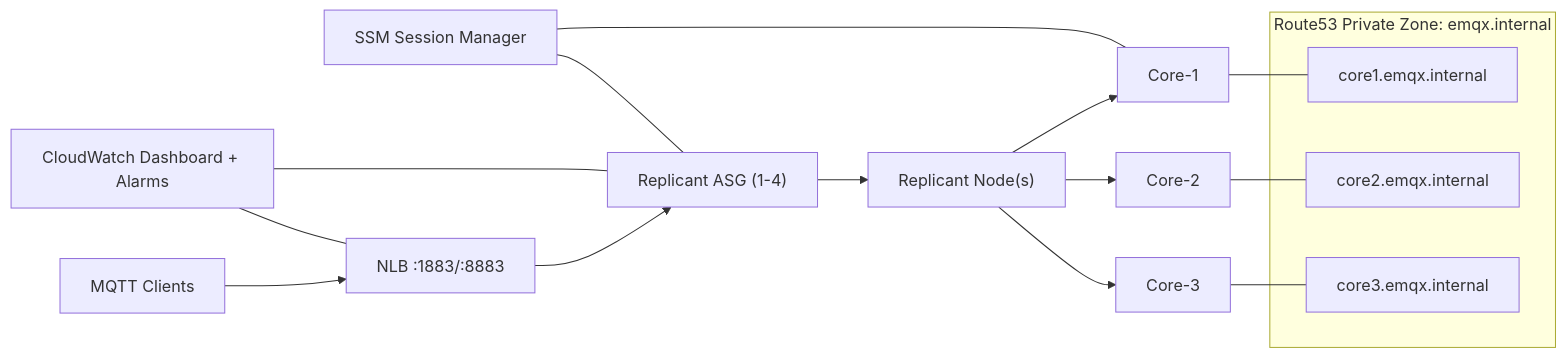
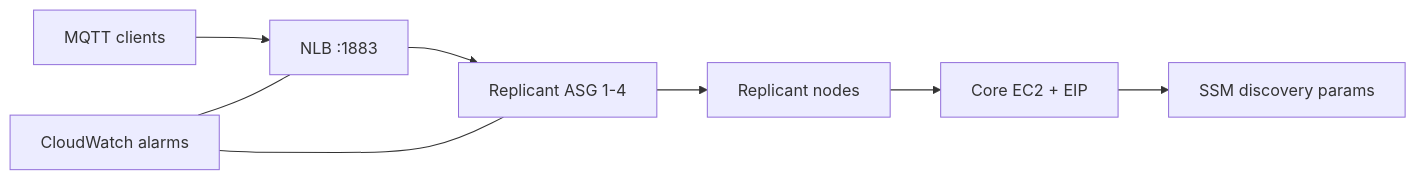
The first of 2 diagrams in docs/architecture.md (Ingole712521/AutoScaling), drawn with Mermaid before and after one commit. The commit also changed other lines of this file and 22 other files, not shown here.

````diff
--- a/docs/architecture.md
+++ b/docs/architecture.md
@@ -5,24 +7,10 @@
 ```mermaid
 flowchart LR
-  clients["MQTT Clients"] --> nlb["NLB :1883/:8883"]
-  nlb --> asg["Replicant ASG (1-4)"]
-  asg --> r1["Replicant Node(s)"]
-  r1 --> c1["Core-1"]
-  r1 --> c2["Core-2"]
-  r1 --> c3["Core-3"]
-
-  subgraph PrivateDNS["Route53 Private Zone: emqx.internal"]
-    d1["core1.emqx.internal"]
-    d2["core2.emqx.internal"]
-    d3["core3.emqx.internal"]
-  end
-
-  c1 --- d1
-  c2 --- d2
-  c3 --- d3
-
-  cw["CloudWatch Dashboard + Alarms"] --- asg
+  clients["MQTT clients"] --> nlb["NLB :1883"]
+  nlb --> asg["Replicant ASG 1-4"]
+  asg --> rep["Replicant nodes"]
+  rep --> core["Core EC2 + EIP"]
+  core --> ssm["SSM discovery params"]
+  cw["CloudWatch alarms"] --- asg
   cw --- nlb
-  ssm["SSM Session Manager"] --- c1
-  ssm --- asg
 ```
````
